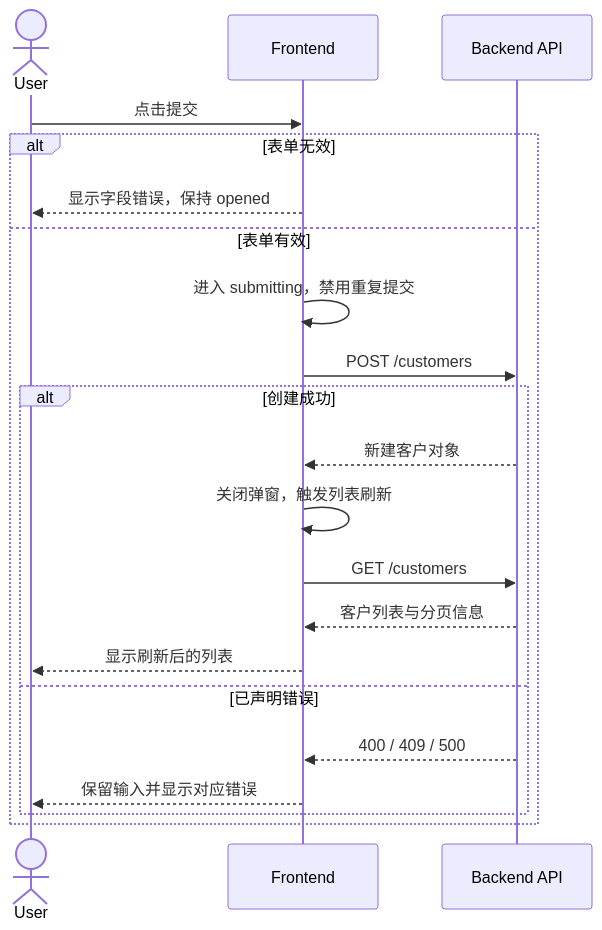
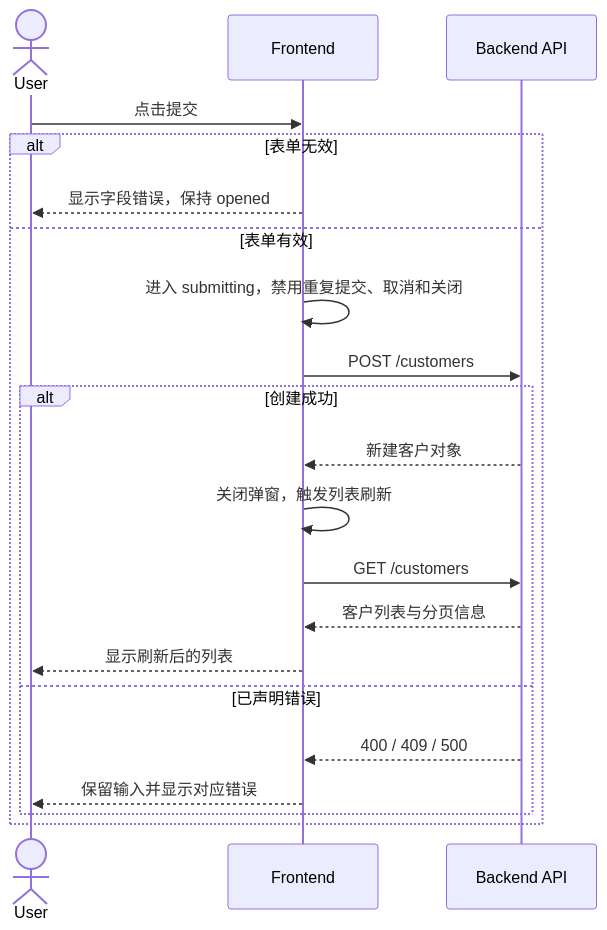
Before and after one commit to GHjiejie/Frontend-Engineering-Agent-Plugin: the diagram in frontend-interaction-design-plugin/skills/sequence-diagram-generator/examples/customer-management.md, drawn with Mermaid. The commit also changed other lines of this file and 21 other files, not shown here.

````diff
--- a/frontend-interaction-design-plugin/skills/sequence-diagram-generator/examples/customer-management.md
+++ b/frontend-interaction-design-plugin/skills/sequence-diagram-generator/examples/customer-management.md
@@ -18,24 +22,24 @@
 ```mermaid
 sequenceDiagram
     actor User
     participant Frontend
     participant API as Backend API
 
     User->>Frontend: 点击提交
     alt 表单无效
         Frontend-->>User: 显示字段错误，保持 opened
     else 表单有效
-        Frontend->>Frontend: 进入 submitting，禁用重复提交
+        Frontend->>Frontend: 进入 submitting，禁用重复提交、取消和关闭
         Frontend->>API: POST /customers
         alt 创建成功
             API-->>Frontend: 新建客户对象
             Frontend->>Frontend: 关闭弹窗，触发列表刷新
             Frontend->>API: GET /customers
             API-->>Frontend: 客户列表与分页信息
             Frontend-->>User: 显示刷新后的列表
         else 已声明错误
             API-->>Frontend: 400 / 409 / 500
             Frontend-->>User: 保留输入并显示对应错误
         end
     end
 ```
````
